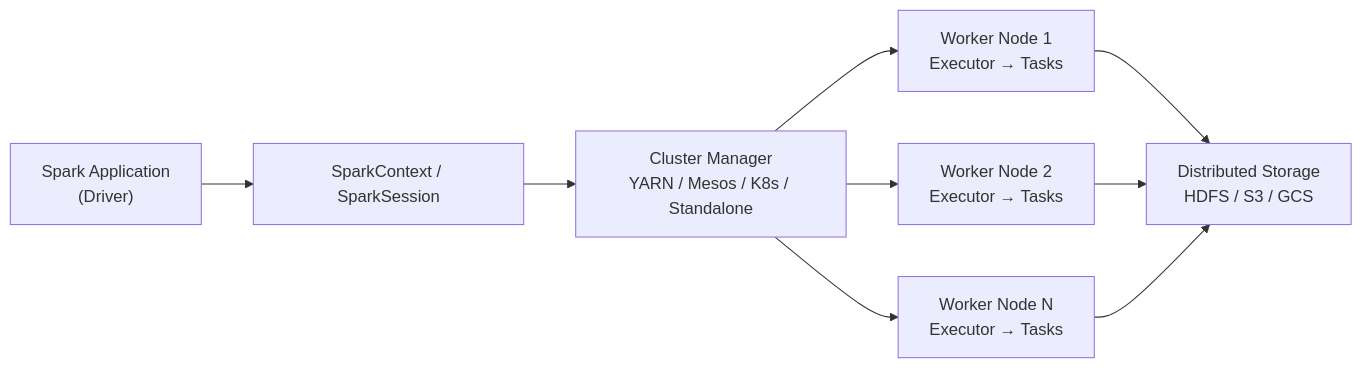
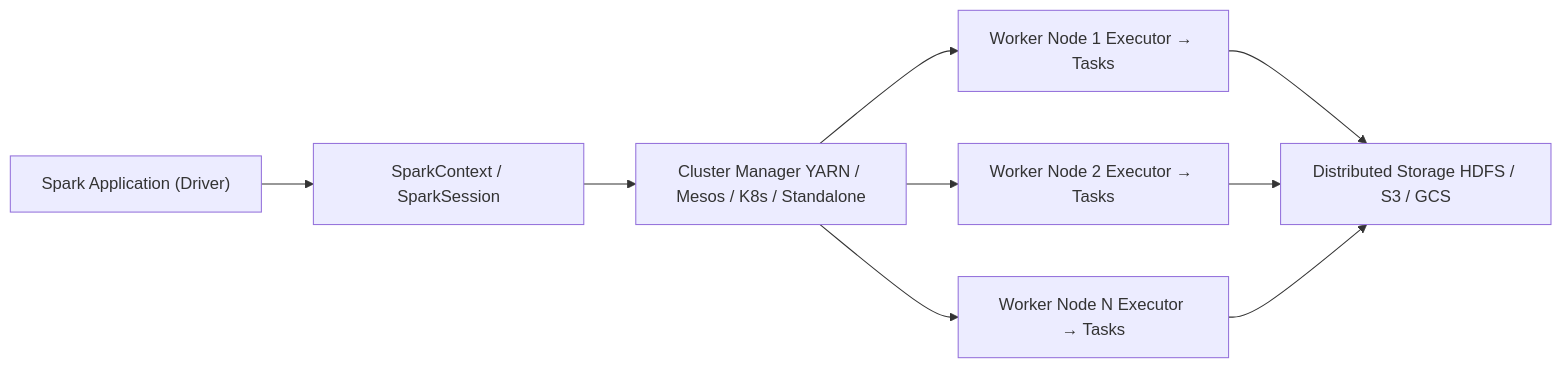
The third of 4 diagrams in data-engineer.md (naveenkumar1661997/notes), drawn with Mermaid before and after one commit. The commit also changed other lines of this file and 12 other files, not shown here.

```diff
--- a/data-engineer.md
+++ b/data-engineer.md
@@ -174,11 +157,11 @@
 <pre class="mermaid">
 flowchart LR
-    APP["Spark Application\n(Driver)"] --> SC["SparkContext / SparkSession"]
-    SC --> CM["Cluster Manager\nYARN / Mesos / K8s / Standalone"]
-    CM --> WN1["Worker Node 1\nExecutor → Tasks"]
-    CM --> WN2["Worker Node 2\nExecutor → Tasks"]
-    CM --> WN3["Worker Node N\nExecutor → Tasks"]
-    WN1 --> DATA["Distributed Storage\nHDFS / S3 / GCS"]
+    APP["Spark Application (Driver)"] --> SC["SparkContext / SparkSession"]
+    SC --> CM["Cluster Manager YARN / Mesos / K8s / Standalone"]
+    CM --> WN1["Worker Node 1 Executor → Tasks"]
+    CM --> WN2["Worker Node 2 Executor → Tasks"]
+    CM --> WN3["Worker Node N Executor → Tasks"]
+    WN1 --> DATA["Distributed Storage HDFS / S3 / GCS"]
     WN2 --> DATA
     WN3 --> DATA
 </pre>
```
